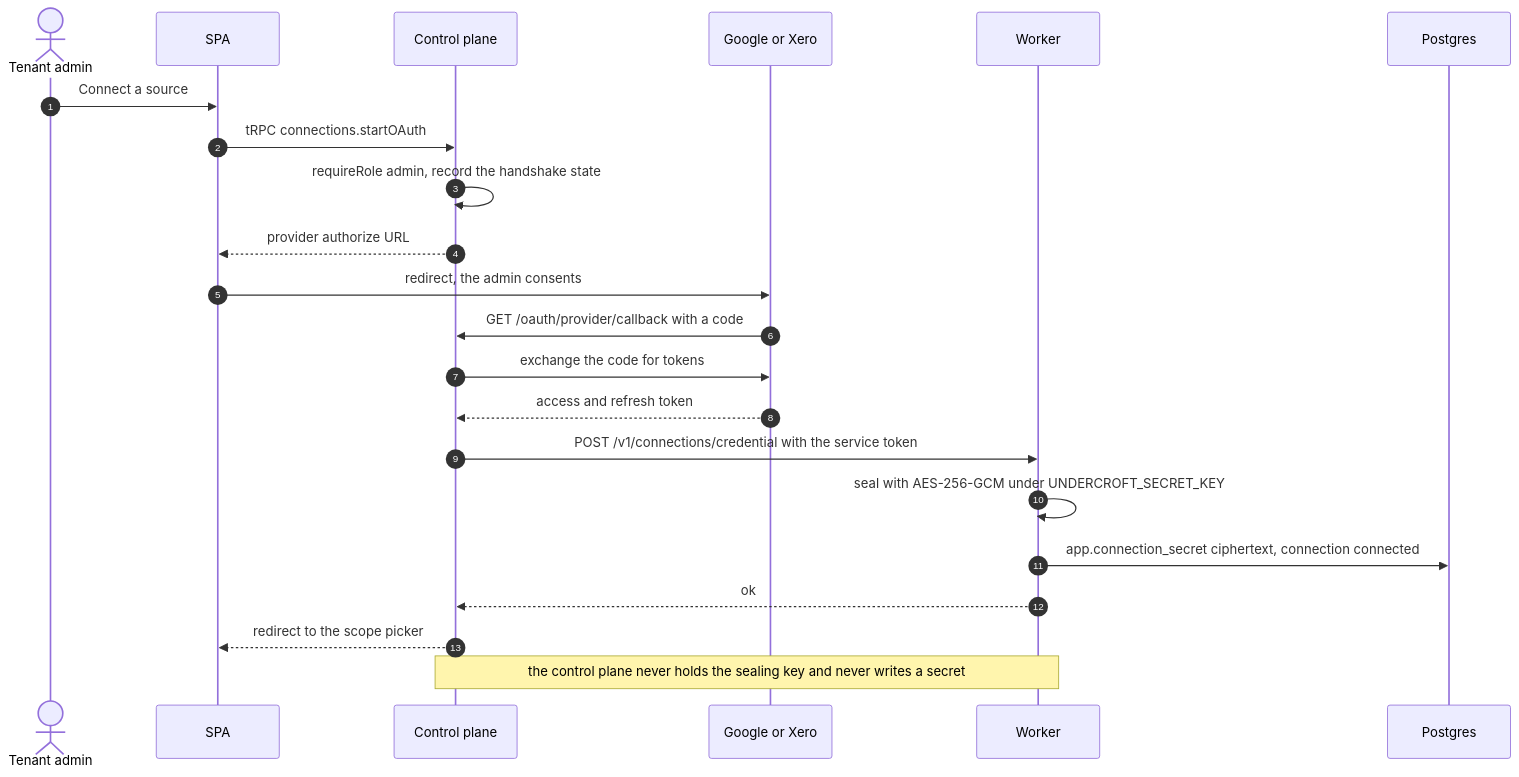
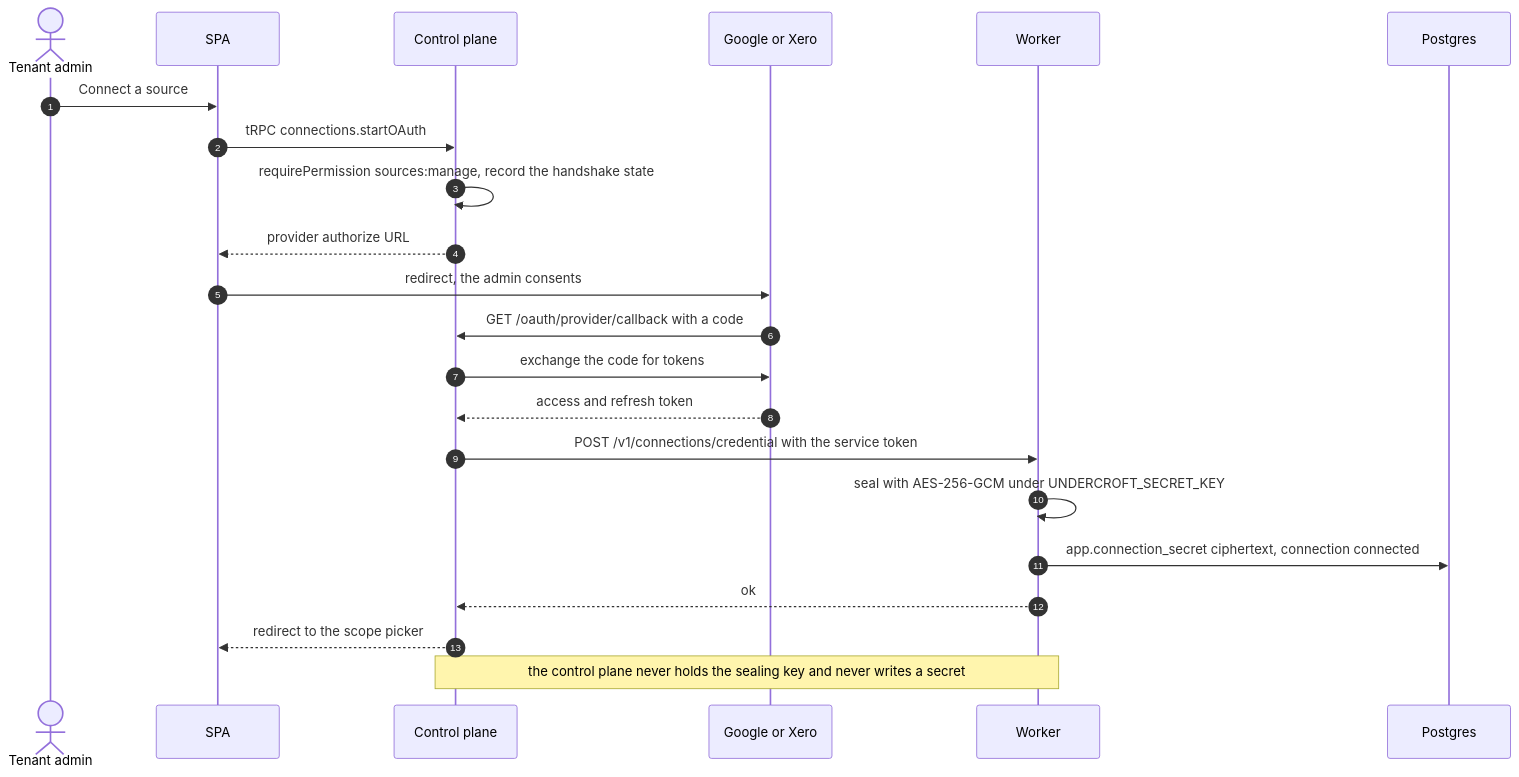
One commit to muitneliss/undercroft changed the eighth of 15 diagrams in docs/architecture.md. Above: the diagram before and after it, drawn with Mermaid. The commit also changed other lines of this file and 137 other files, not shown here.

````diff
--- a/docs/architecture.md
+++ b/docs/architecture.md
@@ -515,25 +515,25 @@
 ```mermaid
 sequenceDiagram
     autonumber
     actor A as Tenant admin
     participant UI as SPA
     participant CP as Control plane
     participant G as Google or Xero
     participant W as Worker
     participant PG as Postgres
 
     A->>UI: Connect a source
     UI->>CP: tRPC connections.startOAuth
-    CP->>CP: requireRole admin, record the handshake state
+    CP->>CP: requirePermission sources:manage, record the handshake state
     CP-->>UI: provider authorize URL
     UI->>G: redirect, the admin consents
     G->>CP: GET /oauth/provider/callback with a code
     CP->>G: exchange the code for tokens
     G-->>CP: access and refresh token
     CP->>W: POST /v1/connections/credential with the service token
     W->>W: seal with AES-256-GCM under UNDERCROFT_SECRET_KEY
     W->>PG: app.connection_secret ciphertext, connection connected
     W-->>CP: ok
     CP-->>UI: redirect to the scope picker
     Note over CP,W: the control plane never holds the sealing key and never writes a secret
 ```
````
